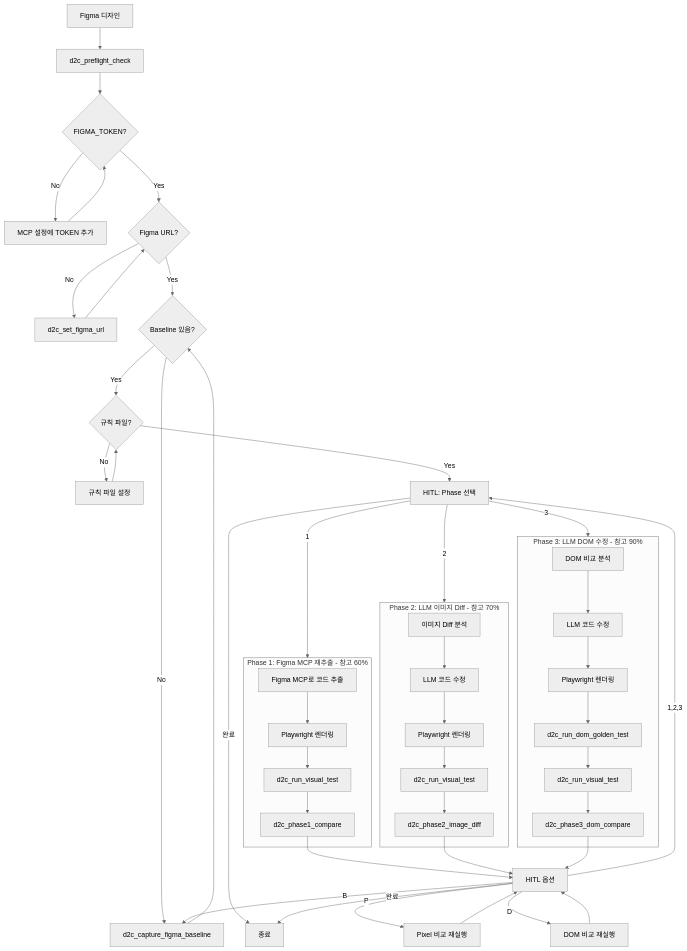
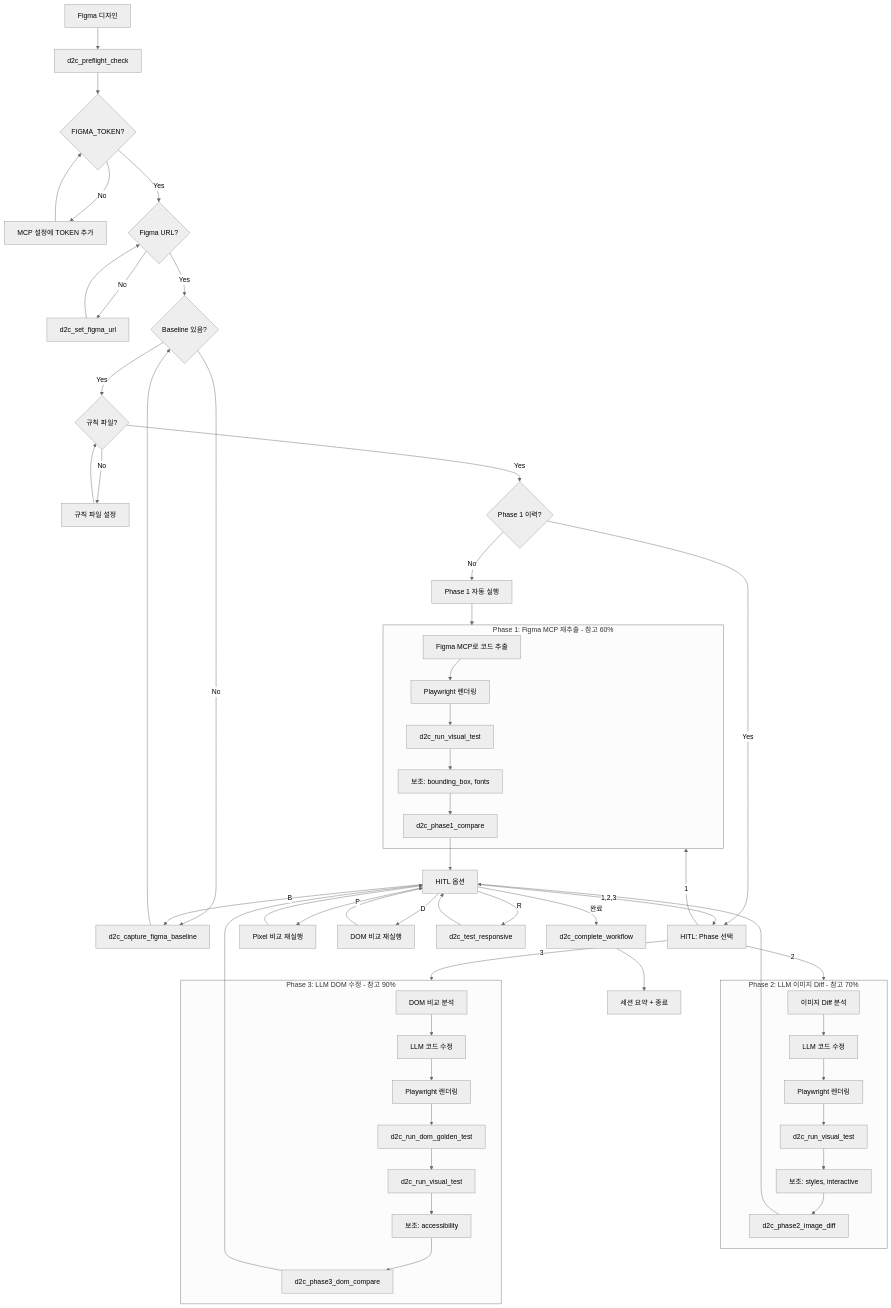
The first of 2 diagrams in README.md (Mike-kor/syr-d2c-workflow-mcp), drawn with Mermaid (neutral theme) before and after one commit. The commit also changed other lines of this file and 12 other files, not shown here.

First line of the commit message:
docs: README 워크플로우 다이어그램 현행화 (v1.8.0)

````diff
--- a/README.md
+++ b/README.md
@@ -149,65 +156,73 @@
 ```mermaid
 flowchart TD
     Start[Figma 디자인] --> Preflight[d2c_preflight_check]
     Preflight --> TokenCheck{FIGMA_TOKEN?}
     TokenCheck -->|No| SetToken[MCP 설정에 TOKEN 추가]
     SetToken --> TokenCheck
     TokenCheck -->|Yes| UrlCheck{Figma URL?}
     UrlCheck -->|No| SetUrl[d2c_set_figma_url]
     SetUrl --> UrlCheck
     UrlCheck -->|Yes| BaselineCheck{Baseline 있음?}
     BaselineCheck -->|No| Capture[d2c_capture_figma_baseline]
     Capture --> BaselineCheck
     BaselineCheck -->|Yes| RulesCheck{규칙 파일?}
     RulesCheck -->|No| SetRules[규칙 파일 설정]
     SetRules --> RulesCheck
-    RulesCheck -->|Yes| PhaseSelect[HITL: Phase 선택]
+    RulesCheck -->|Yes| SessionCheck{Phase 1 이력?}
+    SessionCheck -->|No| AutoPhase1[Phase 1 자동 실행]
+    SessionCheck -->|Yes| PhaseSelect[HITL: Phase 선택]
     
     subgraph Phase1 [Phase 1: Figma MCP 재추출 - 참고 60%]
         P1_Extract[Figma MCP로 코드 추출]
         P1_Render[Playwright 렌더링]
         P1_Compare[d2c_run_visual_test]
+        P1_Assist[보조: bounding_box, fonts]
         P1_Result[d2c_phase1_compare]
         
-        P1_Extract --> P1_Render --> P1_Compare --> P1_Result
+        P1_Extract --> P1_Render --> P1_Compare --> P1_Assist --> P1_Result
     end
     
     subgraph Phase2 [Phase 2: LLM 이미지 Diff - 참고 70%]
         P2_Diff[이미지 Diff 분석]
         P2_LLM[LLM 코드 수정]
         P2_Render[Playwright 렌더링]
         P2_Compare[d2c_run_visual_test]
+        P2_Assist[보조: styles, interactive]
         P2_Result[d2c_phase2_image_diff]
         
-        P2_Diff --> P2_LLM --> P2_Render --> P2_Compare --> P2_Result
+        P2_Diff --> P2_LLM --> P2_Render --> P2_Compare --> P2_Assist --> P2_Result
     end
     
     subgraph Phase3 [Phase 3: LLM DOM 수정 - 참고 90%]
         P3_DOM[DOM 비교 분석]
         P3_LLM[LLM 코드 수정]
         P3_Render[Playwright 렌더링]
         P3_DOMTest[d2c_run_dom_golden_test]
         P3_PixelTest[d2c_run_visual_test]
+        P3_Assist[보조: accessibility]
         P3_Result[d2c_phase3_dom_compare]
         
-        P3_DOM --> P3_LLM --> P3_Render --> P3_DOMTest --> P3_PixelTest --> P3_Result
+        P3_DOM --> P3_LLM --> P3_Render --> P3_DOMTest --> P3_PixelTest --> P3_Assist --> P3_Result
     end
     
+    AutoPhase1 --> Phase1
     PhaseSelect -->|1| Phase1
     PhaseSelect -->|2| Phase2
     PhaseSelect -->|3| Phase3
-    PhaseSelect -->|완료| Done[종료]
     
     P1_Result --> HITL[HITL 옵션]
     P2_Result --> HITL
     P3_Result --> HITL
     
     HITL -->|1,2,3| PhaseSelect
     HITL -->|P| RePixel[Pixel 비교 재실행]
     HITL -->|D| ReDOM[DOM 비교 재실행]
     HITL -->|B| Capture
-    HITL -->|완료| Done
+    HITL -->|R| Responsive[d2c_test_responsive]
+    HITL -->|완료| Complete[d2c_complete_workflow]
     
     RePixel --> HITL
     ReDOM --> HITL
+    Responsive --> HITL
+    Complete --> Done[세션 요약 + 종료]
 ```
````
